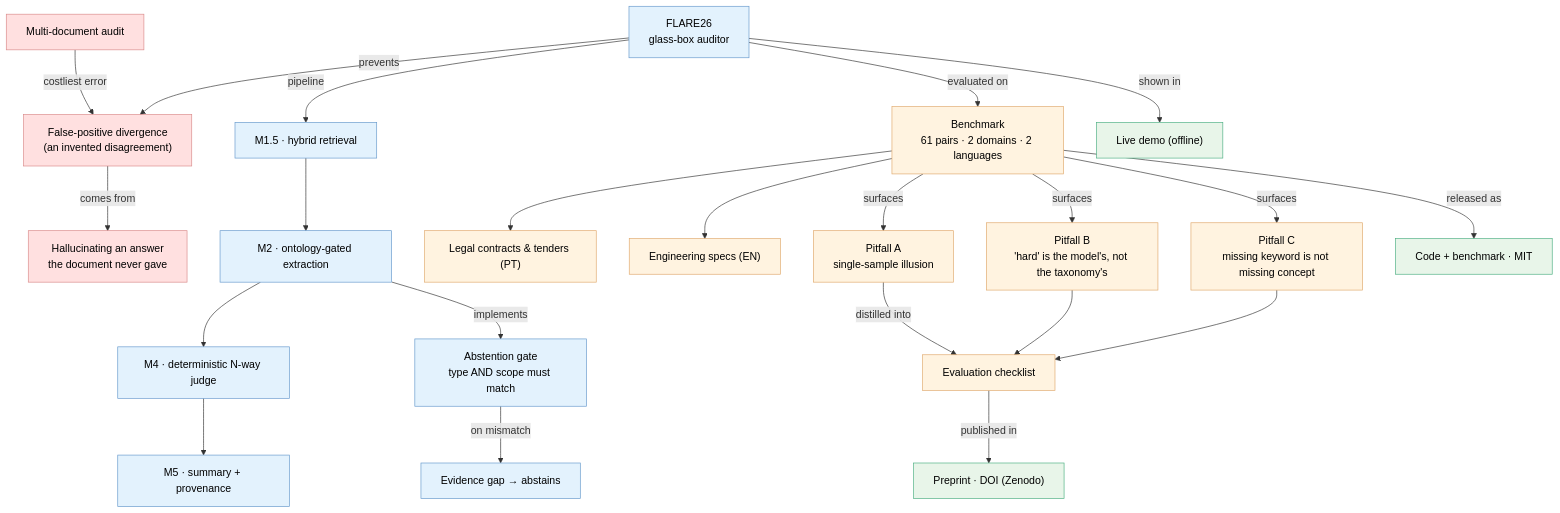
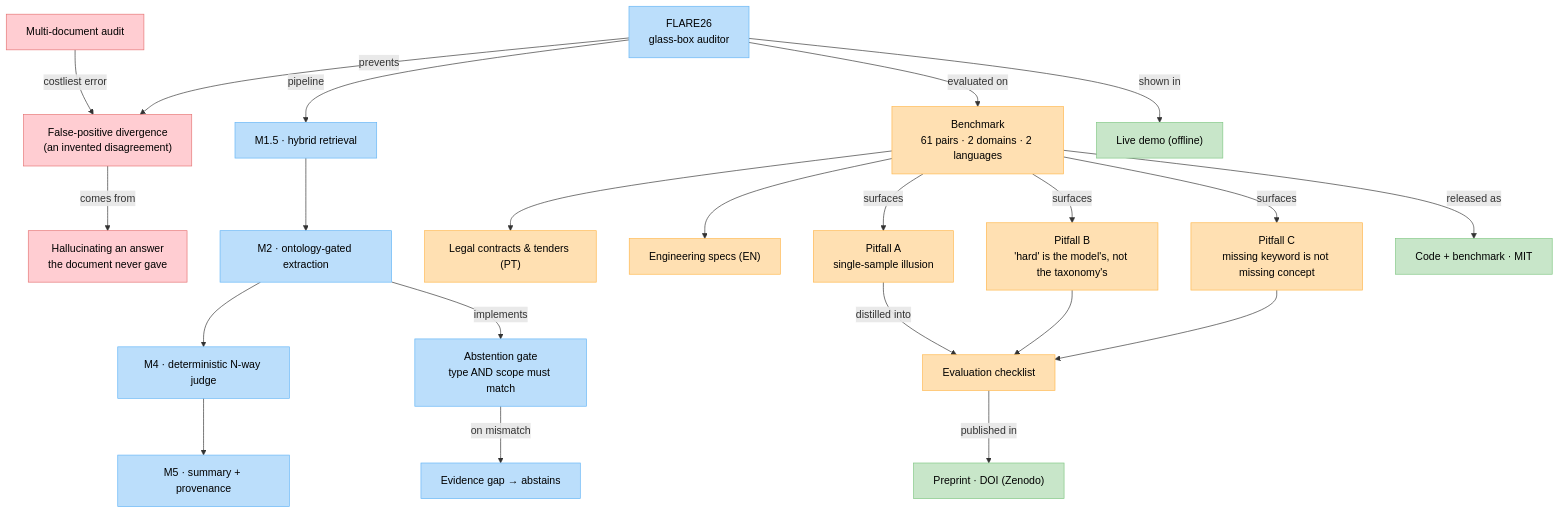
Before and after one commit to marcospaula/FLARE26-P1: the first of 3 diagrams in README.md, drawn with Mermaid. The commit also changed other lines of this file, not shown here.

Commit message:
docs(readme): cores dos grafos mais saturadas p/ casar com a legenda
Tons pastel '50' eram claros demais vs. os emojis vivos da legenda. Agora
vermelho/azul/laranja/verde nítidos (nível ~'200'). Bônus: nó 'abstém' no
pipeline passa de avermelhado p/ verde (abster é o comportamento desejado).

````diff
--- a/README.md
+++ b/README.md
@@ -30,36 +30,36 @@
 ```mermaid
 graph TD
     AUD["Multi-document audit"] -->|costliest error| FPD["False-positive divergence<br/>(an invented disagreement)"]
     FPD -->|comes from| HALL["Hallucinating an answer<br/>the document never gave"]
 
     SYS["FLARE26<br/>glass-box auditor"] -->|prevents| FPD
     SYS -->|pipeline| M15["M1.5 · hybrid retrieval"]
     M15 --> M2["M2 · ontology-gated extraction"]
     M2 --> M4["M4 · deterministic N-way judge"]
     M4 --> M5["M5 · summary + provenance"]
     M2 -->|implements| GATE["Abstention gate<br/>type AND scope must match"]
     GATE -->|on mismatch| GAP["Evidence gap → abstains"]
 
     SYS -->|evaluated on| BENCH["Benchmark<br/>61 pairs · 2 domains · 2 languages"]
     BENCH --> LEGAL["Legal contracts &amp; tenders (PT)"]
     BENCH --> ENG["Engineering specs (EN)"]
     BENCH -->|surfaces| PA["Pitfall A<br/>single-sample illusion"]
     BENCH -->|surfaces| PB["Pitfall B<br/>'hard' is the model's, not the taxonomy's"]
     BENCH -->|surfaces| PC["Pitfall C<br/>missing keyword is not missing concept"]
     PA -->|distilled into| CHK["Evaluation checklist"]
     PB --> CHK
     PC --> CHK
 
     CHK -->|published in| PAPER["Preprint · DOI (Zenodo)"]
     BENCH -->|released as| CODE["Code + benchmark · MIT"]
     SYS -->|shown in| DEMO["Live demo (offline)"]
 
-    classDef problem fill:#ffe0e0,stroke:#d98a8a,color:#000;
-    classDef system fill:#e3f2fd,stroke:#6699cc,color:#000;
-    classDef eval fill:#fff3e0,stroke:#e0a96d,color:#000;
-    classDef artifact fill:#e8f5e9,stroke:#4caf82,color:#000;
+    classDef problem fill:#ffcdd2,stroke:#e57373,color:#000;
+    classDef system fill:#bbdefb,stroke:#64b5f6,color:#000;
+    classDef eval fill:#ffe0b2,stroke:#ffb74d,color:#000;
+    classDef artifact fill:#c8e6c9,stroke:#81c784,color:#000;
     class AUD,FPD,HALL problem;
     class SYS,M15,M2,M4,M5,GATE,GAP system;
     class BENCH,LEGAL,ENG,PA,PB,PC,CHK eval;
     class PAPER,CODE,DEMO artifact;
 ```
````
